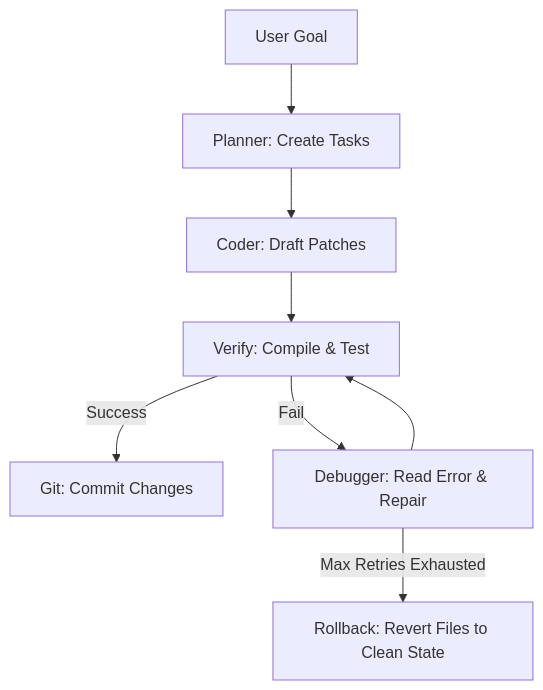
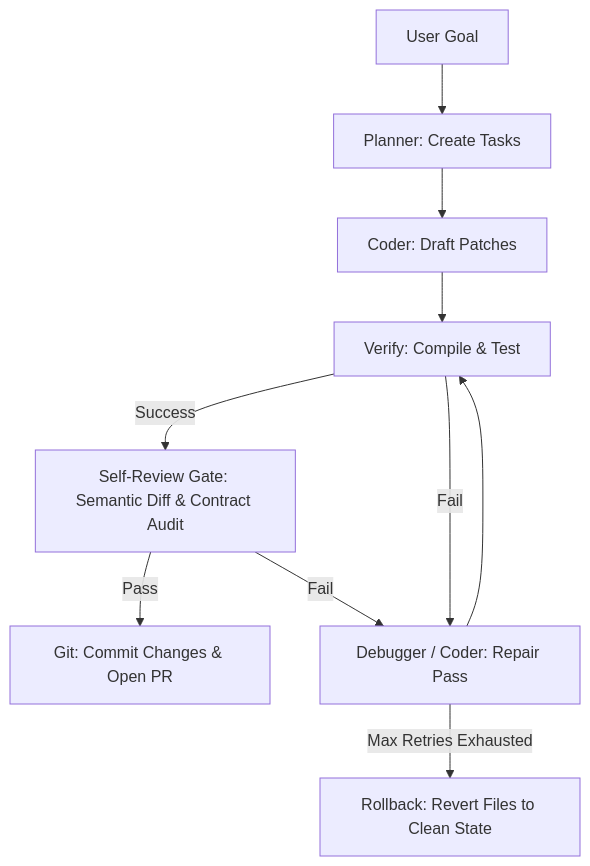
One commit to bgill55/daedalus changed the first of 2 diagrams in docs/notebooklm-summary.md. Above: the diagram before and after it, drawn with Mermaid. The commit also changed other lines of this file, not shown here.

````diff
--- a/docs/notebooklm-summary.md
+++ b/docs/notebooklm-summary.md
@@ -32,10 +33,12 @@
 ```mermaid
 graph TD
     Goal[User Goal] --> Plan[Planner: Create Tasks]
     Plan --> Execute[Coder: Draft Patches]
     Execute --> Verify[Verify: Compile & Test]
-    Verify -- Success --> Commit[Git: Commit Changes]
-    Verify -- Fail --> Repair[Debugger: Read Error & Repair]
+    Verify -- Success --> Gate[Self-Review Gate: Semantic Diff & Contract Audit]
+    Gate -- Pass --> Commit[Git: Commit Changes & Open PR]
+    Gate -- Fail --> Repair[Debugger / Coder: Repair Pass]
+    Verify -- Fail --> Repair
     Repair --> Verify
     Repair -- Max Retries Exhausted --> Rollback[Rollback: Revert Files to Clean State]
 ```
````
